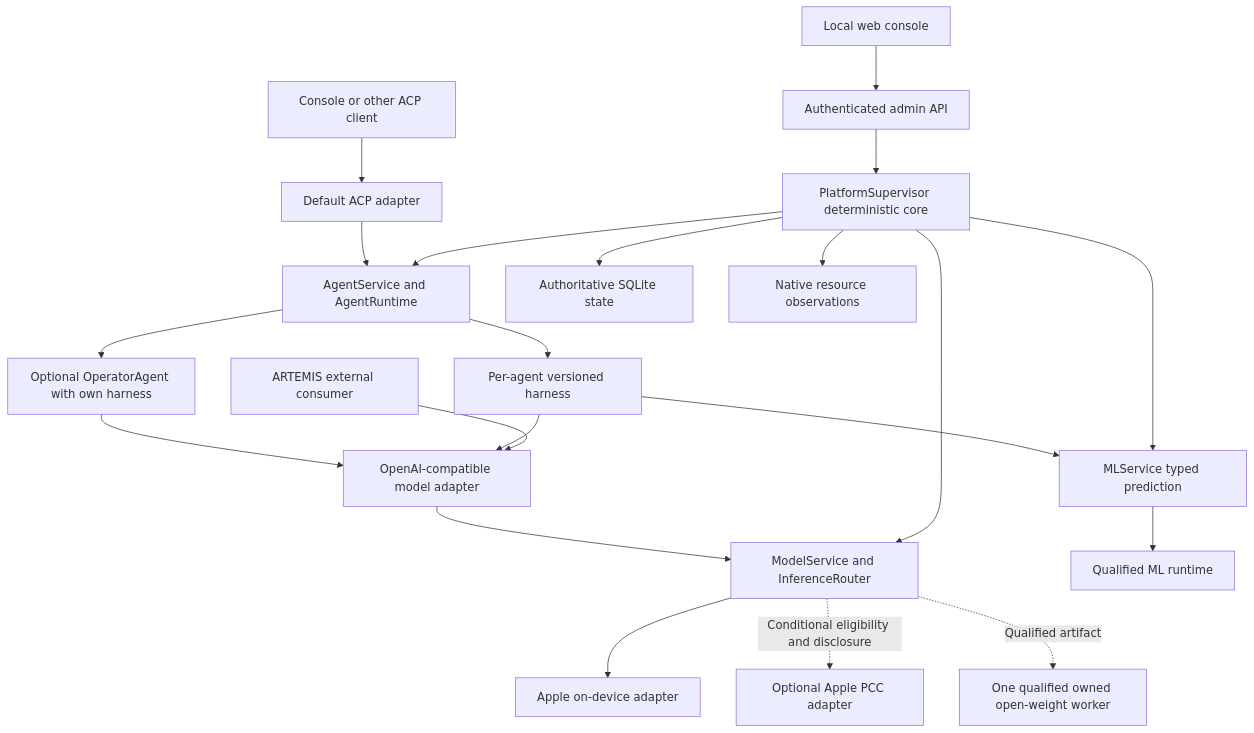
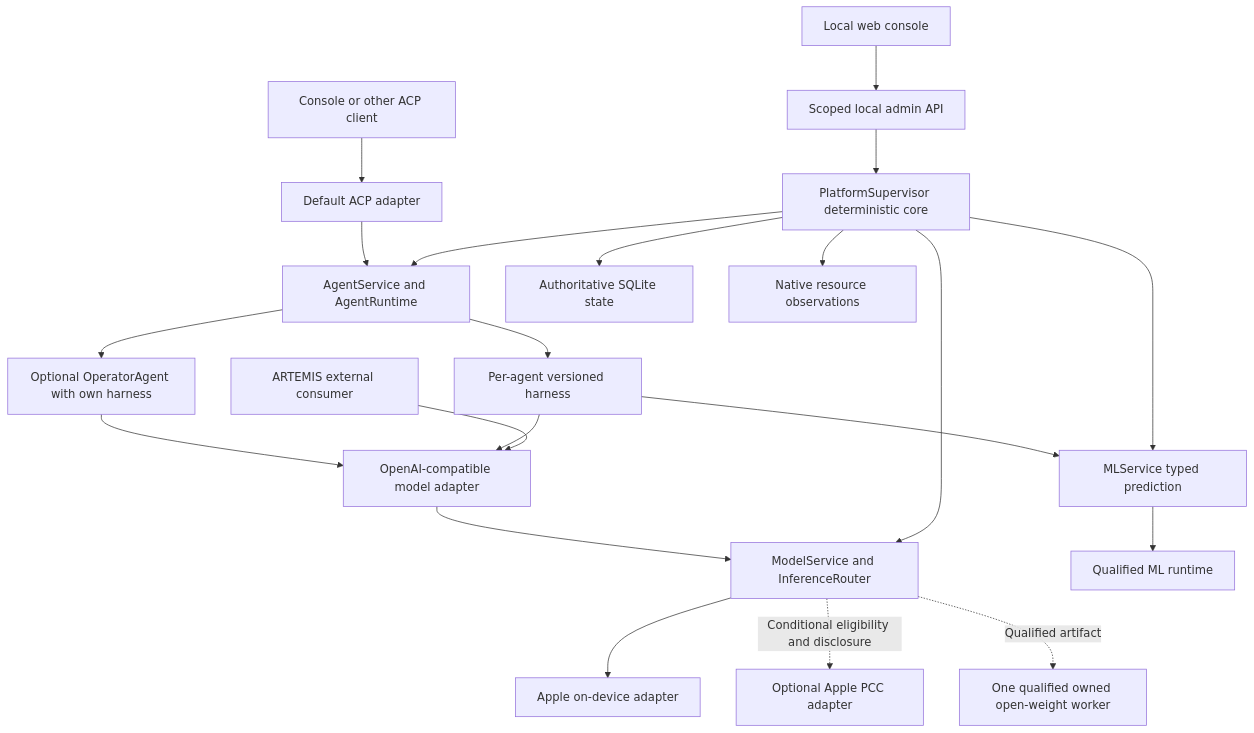
Before and after one commit to banggaoo/ondevice-agent-platform: the diagram in docs/architecture.md, drawn with Mermaid. The commit also changed other lines of this file and 79 other files, not shown here.

````diff
--- a/docs/architecture.md
+++ b/docs/architecture.md
@@ -19,23 +19,23 @@
 ```mermaid
 flowchart TD
-    Console[Local web console] --> Admin[Authenticated admin API]
+    Console[Local web console] --> Admin[Scoped local admin API]
     Admin --> Supervisor[PlatformSupervisor deterministic core]
     AgentClient[Console or other ACP client] --> ACPAdapter[Default ACP adapter]
     ACPAdapter --> AgentRT[AgentService and AgentRuntime]
     AgentRT --> Operator[Optional OperatorAgent with own harness]
     AgentRT --> Harness[Per-agent versioned harness]
     Operator --> OpenAI[OpenAI-compatible model adapter]
     Harness --> OpenAI
     Artemis[ARTEMIS external consumer] --> OpenAI
     OpenAI --> ModelService[ModelService and InferenceRouter]
     ModelService --> Apple[Apple on-device adapter]
     ModelService -. Conditional eligibility and disclosure .-> PCC[Optional Apple PCC adapter]
     ModelService -. Qualified artifact .-> Owned[One qualified owned open-weight worker]
     MLService --> MLRT[Qualified ML runtime]
     Harness --> MLService[MLService typed prediction]
     Supervisor --> ModelService
     Supervisor --> MLService
     Supervisor --> AgentRT
     Supervisor --> State[Authoritative SQLite state]
     Supervisor --> Governor[Native resource observations]
 ```
````
